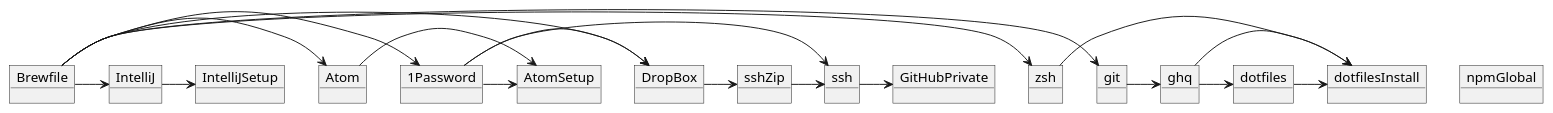
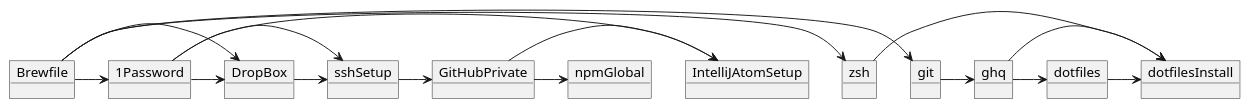
Before and after one commit to elzup/dotfiles: the diagram in dependency.pu, drawn with PlantUML. The commit also changed 1 other file, not shown here.

```diff
--- a/dependency.pu
+++ b/dependency.pu
@@ -1,55 +1,49 @@
 @startuml
 
 object Brewfile
 
 object git
 object ghq
 object zsh
 
 object dotfiles
 object dotfilesInstall
 object npmGlobal
 
 
 ' File
-object ssh
-object sshZip
+object sshSetup
 
 ' App
 object 1Password
 object DropBox
-object Atom
-object IntelliJ
 
-' App
-object AtomSetup
-object IntelliJSetup
+' App config
+object IntelliJAtomSetup
 
 ' Service
 object GitHubPrivate
 
 Brewfile->git
 Brewfile->zsh
 Brewfile->DropBox
 Brewfile->1Password
-Brewfile->Atom
-Brewfile->IntelliJ
 
-sshZip->ssh
-1Password->ssh
+1Password->sshSetup
 1Password->DropBox
 
-1Password->AtomSetup
-Atom->AtomSetup
-IntelliJ->IntelliJSetup
+1Password->IntelliJAtomSetup
 
 zsh->dotfilesInstall
 ghq->dotfiles
 git->ghq
-DropBox->sshZip
-ssh->GitHubPrivate
+DropBox->sshSetup
+sshSetup->GitHubPrivate
+
+GitHubPrivate->IntelliJAtomSetup
+GitHubPrivate->npmGlobal
 
 ghq->dotfilesInstall
 dotfiles->dotfilesInstall
 
 @enduml
```
